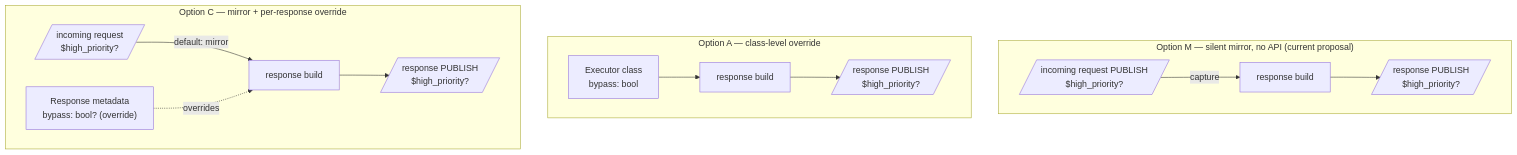
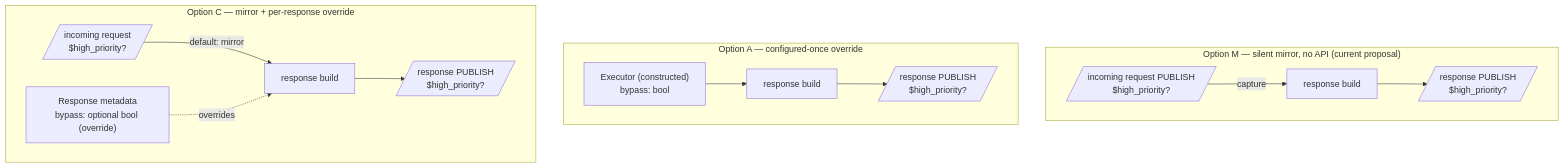
Before and after one commit to Azure/iot-operations-sdks: the third of 3 diagrams in doc/dev/adr/0031-backpressure-bypass.md, drawn with Mermaid. The commit also changed other lines of this file, not shown here.

Commit message:
Refine ADR 31: Update descriptions for SDK bypass options and clarify telemetry consistency

````diff
--- a/doc/dev/adr/0031-backpressure-bypass.md
+++ b/doc/dev/adr/0031-backpressure-bypass.md
@@ -155,17 +160,17 @@
 ```mermaid
 flowchart TB
     subgraph M["Option M &mdash; silent mirror, no API (current proposal)"]
         direction LR
         M1[/"incoming request PUBLISH<br/>$high_priority?"/] -->|capture| M2["response build"] --> M3[/"response PUBLISH<br/>$high_priority?"/]
     end
-    subgraph A2["Option A &mdash; class-level override"]
+    subgraph A2["Option A &mdash; configured-once override"]
         direction LR
-        A21["Executor class<br/>bypass: bool"] --> A22["response build"] --> A23[/"response PUBLISH<br/>$high_priority?"/]
+        A21["Executor (constructed)<br/>bypass: bool"] --> A22["response build"] --> A23[/"response PUBLISH<br/>$high_priority?"/]
     end
     subgraph C2["Option C &mdash; mirror + per-response override"]
         direction LR
         C21[/"incoming request<br/>$high_priority?"/] -->|default: mirror| C23["response build"]
-        C22["Response metadata<br/>bypass: bool? (override)"] -.overrides.-> C23
+        C22["Response metadata<br/>bypass: optional bool (override)"] -.overrides.-> C23
         C23 --> C24[/"response PUBLISH<br/>$high_priority?"/]
     end
 ```
````
